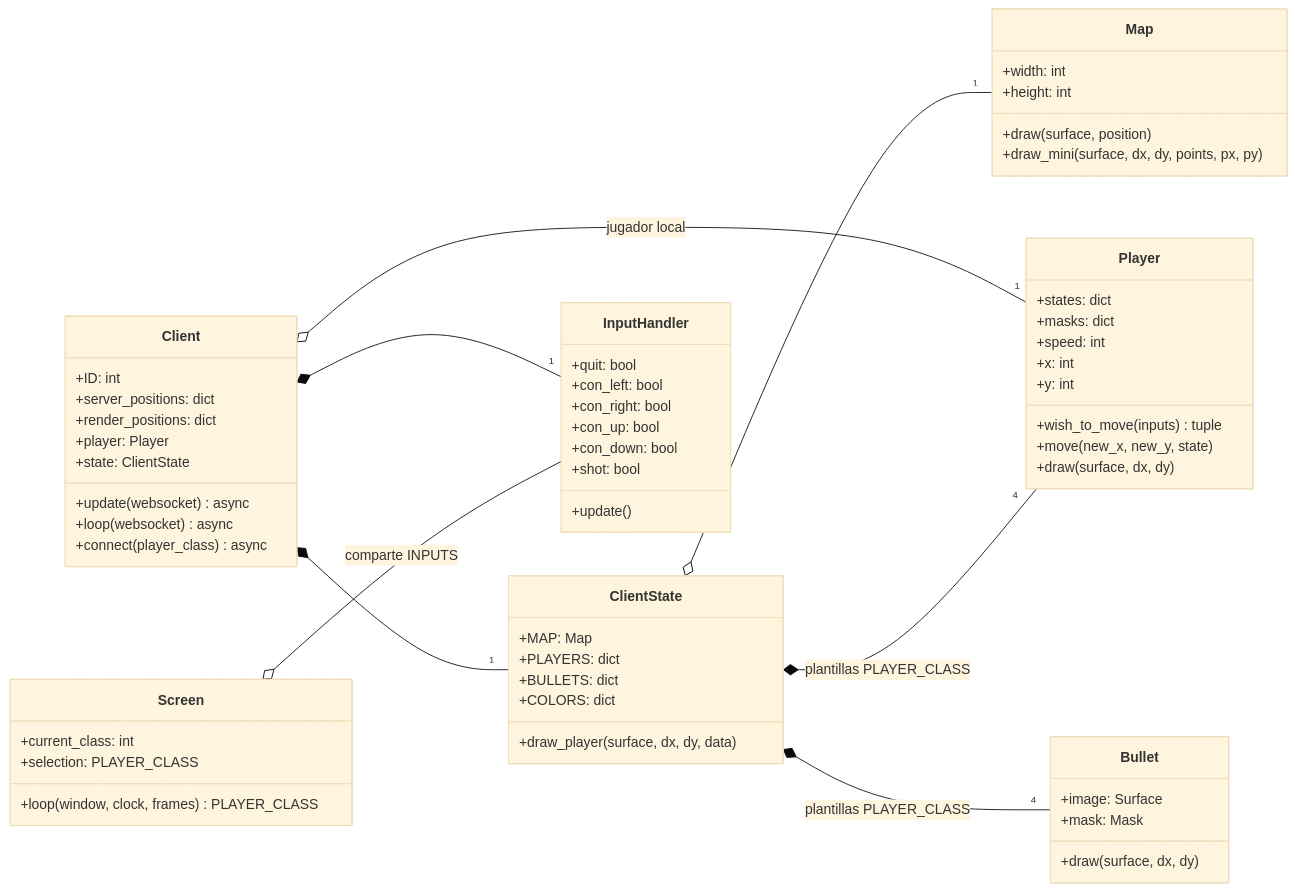
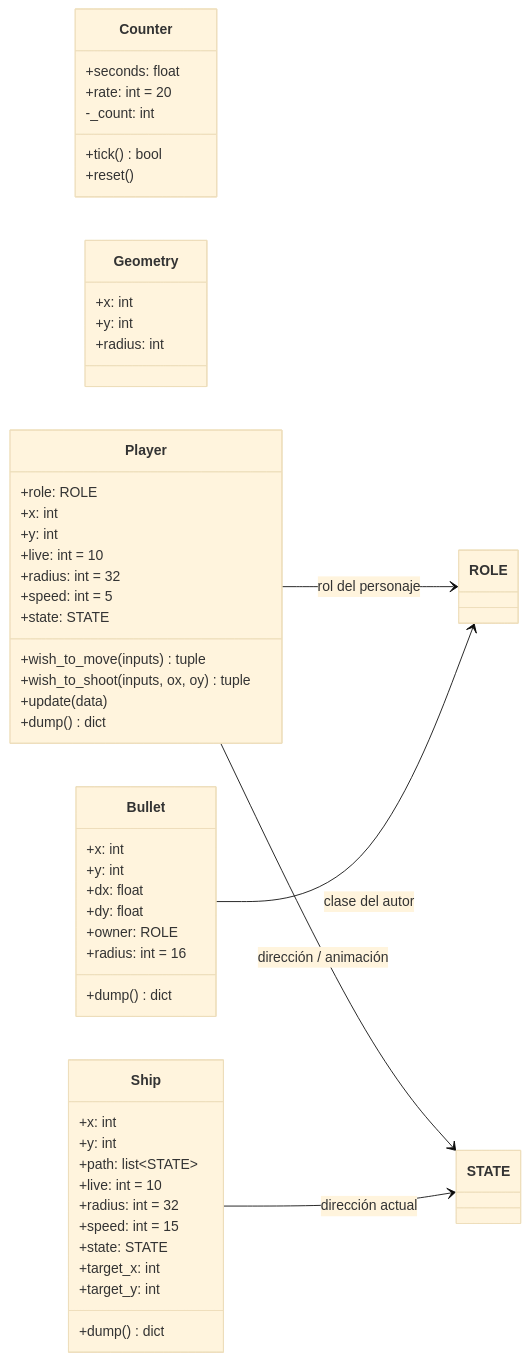
Before and after one commit to Aouei/pygame_multi: the fourth of 5 diagrams in docs/diagramas/clases.md, drawn with Mermaid (base theme). The commit also changed other lines of this file and 2 other files, not shown here.

Commit message:
UPDATE doc diagrams

````diff
--- a/docs/diagramas/clases.md
+++ b/docs/diagramas/clases.md
@@ -255,71 +305,60 @@
 ```mermaid
 classDiagram
     direction LR
 
-    class Client {
-        +ID: int
-        +server_positions: dict
-        +render_positions: dict
-        +player: Player
-        +state: ClientState
-        +update(websocket) async
-        +loop(websocket) async
-        +connect(player_class) async
+    class Counter {
+        +seconds: float
+        +rate: int = 20
+        -_count: int
+        +tick() bool
+        +reset()
     }
 
-    class ClientState {
-        +MAP: Map
-        +PLAYERS: dict
-        +BULLETS: dict
-        +COLORS: dict
-        +draw_player(surface, dx, dy, data)
+    class Geometry {
+        +x: int
+        +y: int
+        +radius: int
     }
 
     class Player {
-        +states: dict
-        +masks: dict
-        +speed: int
+        +role: ROLE
         +x: int
         +y: int
+        +live: int = 10
+        +radius: int = 32
+        +speed: int = 5
+        +state: STATE
         +wish_to_move(inputs) tuple
-        +move(new_x, new_y, state)
-        +draw(surface, dx, dy)
+        +wish_to_shoot(inputs, ox, oy) tuple
+        +update(data)
+        +dump() dict
     }
 
     class Bullet {
-        +image: Surface
-        +mask: Mask
-        +draw(surface, dx, dy)
+        +x: int
+        +y: int
+        +dx: float
+        +dy: float
+        +owner: ROLE
+        +radius: int = 16
+        +dump() dict
     }
 
-    class Map {
-        +width: int
-        +height: int
-        +draw(surface, position)
-        +draw_mini(surface, dx, dy, points, px, py)
+    class Ship {
+        +x: int
+        +y: int
+        +path: list~STATE~
+        +live: int = 10
+        +radius: int = 32
+        +speed: int = 15
+        +state: STATE
+        +target_x: int
+        +target_y: int
+        +dump() dict
     }
 
-    class InputHandler {
-        +quit: bool
-        +con_left: bool
-        +con_right: bool
-        +con_up: bool
-        +con_down: bool
-        +shot: bool
-        +update()
-    }
-
-    class Screen {
-        +current_class: int
-        +selection: PLAYER_CLASS
-        +loop(window, clock, frames) PLAYER_CLASS
-    }
-
-    Client *-- "1" ClientState
-    Client *-- "1" InputHandler
-    Client o-- "1" Player : jugador local
-    ClientState o-- "1" Map
-    ClientState *-- "4" Player : plantillas PLAYER_CLASS
-    ClientState *-- "4" Bullet : plantillas PLAYER_CLASS
-    Screen o-- InputHandler : comparte INPUTS
+    Player --> ROLE : rol del personaje
+    Player --> STATE : dirección / animación
+    Bullet --> ROLE : clase del autor
+    Ship --> STATE : dirección actual
 ```
````
